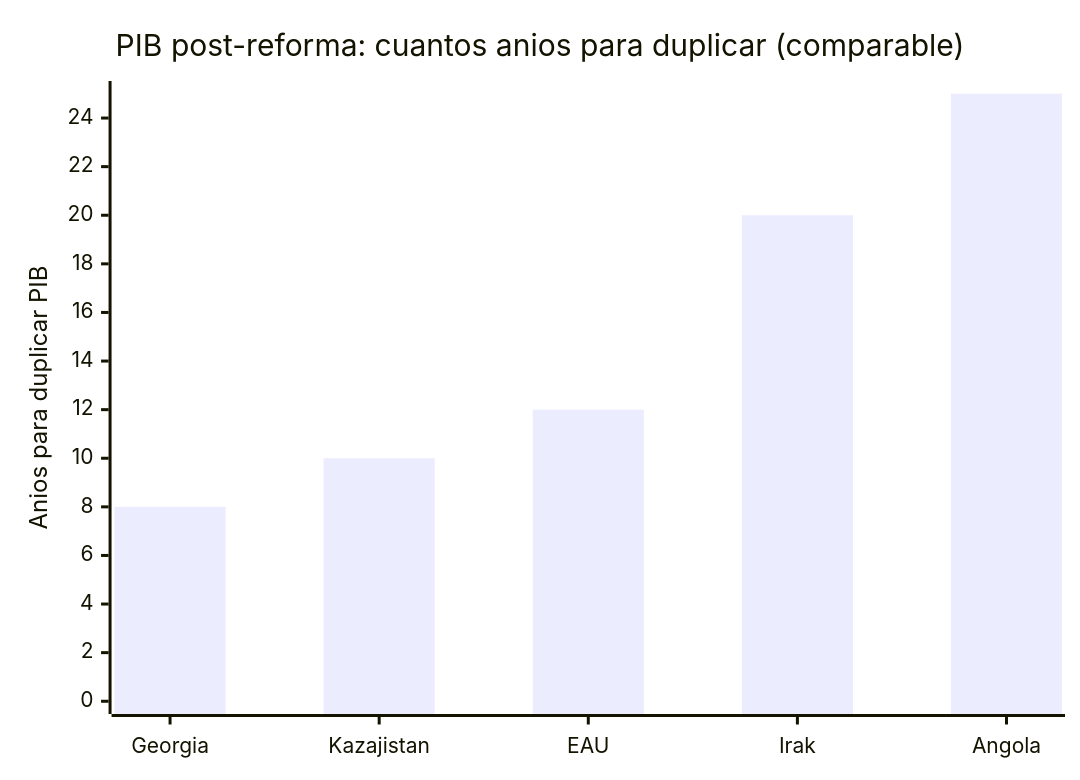
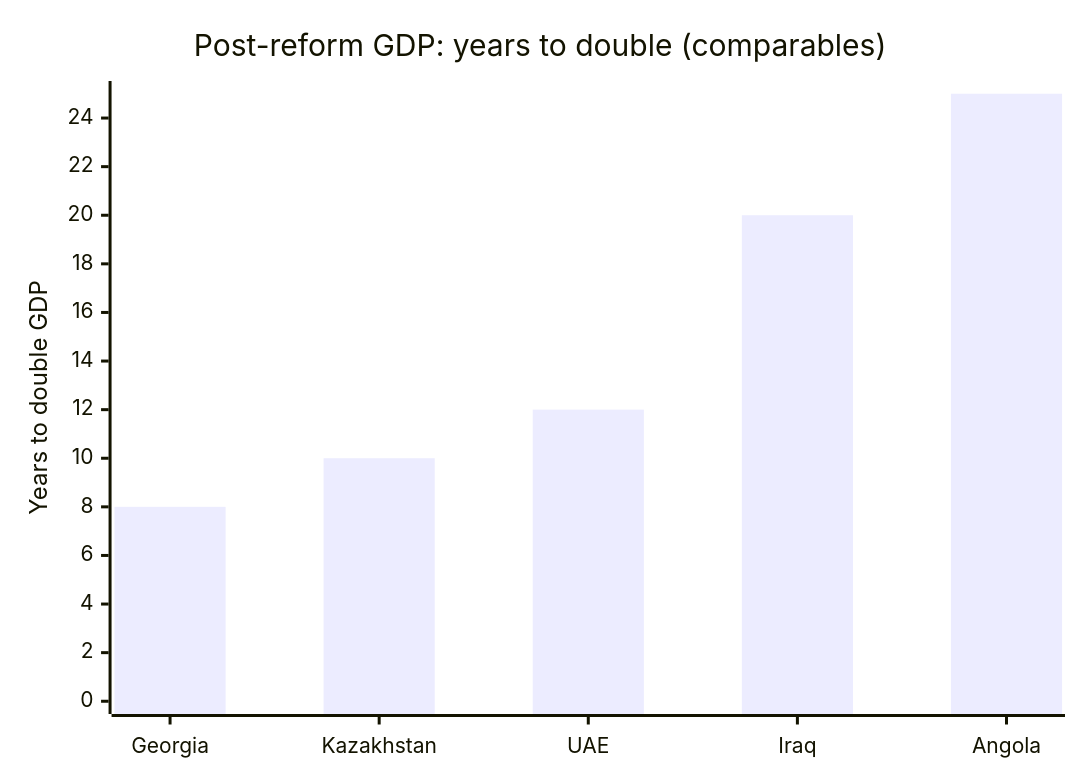
One commit to Venezuela-S-A/venezuela-sa changed the fourth of 4 diagrams in i18n/en/docusaurus-plugin-content-docs/current/01-fundamentos/diagnostico.md. Above: the diagram before and after it, drawn with Mermaid. The commit also changed other lines of this file and 127 other files, not shown here.

````diff
--- a/i18n/en/docusaurus-plugin-content-docs/current/01-fundamentos/diagnostico.md
+++ b/i18n/en/docusaurus-plugin-content-docs/current/01-fundamentos/diagnostico.md
@@ -98,7 +98,7 @@
 ```mermaid
 xychart-beta
-    title "PIB post-reforma: cuantos anios para duplicar (comparable)"
-    x-axis ["Georgia", "Kazajistan", "EAU", "Irak", "Angola"]
-    y-axis "Anios para duplicar PIB" 0 --> 25
+    title "Post-reform GDP: years to double (comparables)"
+    x-axis ["Georgia", "Kazakhstan", "UAE", "Iraq", "Angola"]
+    y-axis "Years to double GDP" 0 --> 25
     bar [8, 10, 12, 20, 25]
 ```
````
